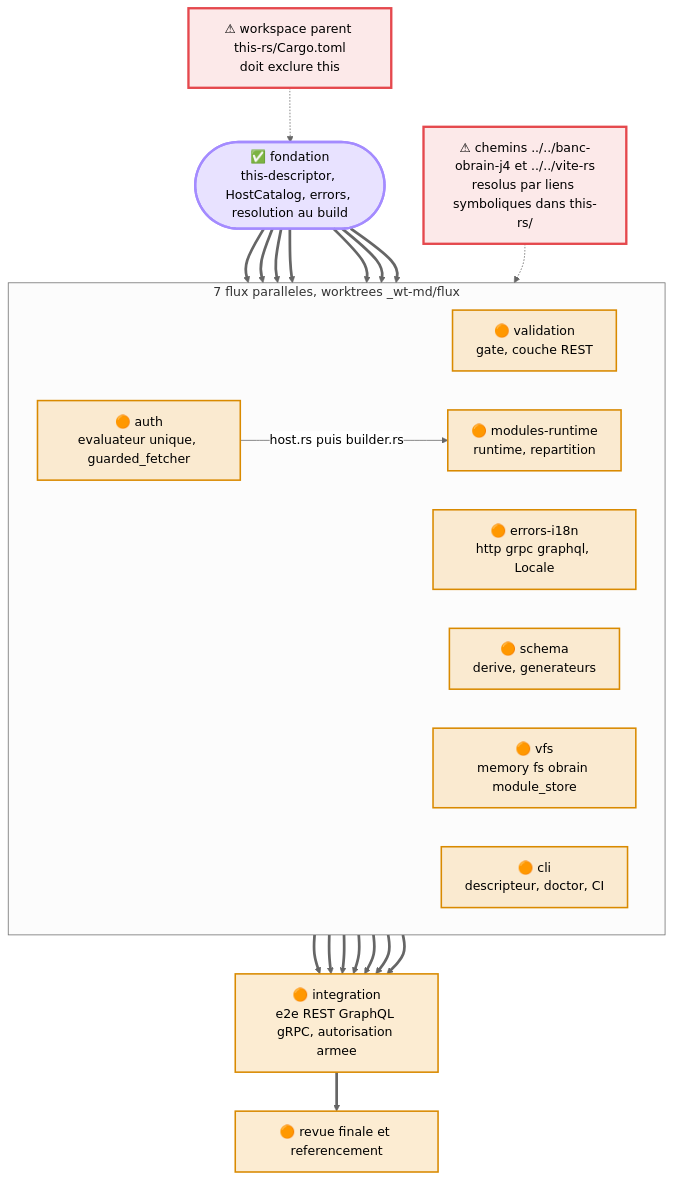
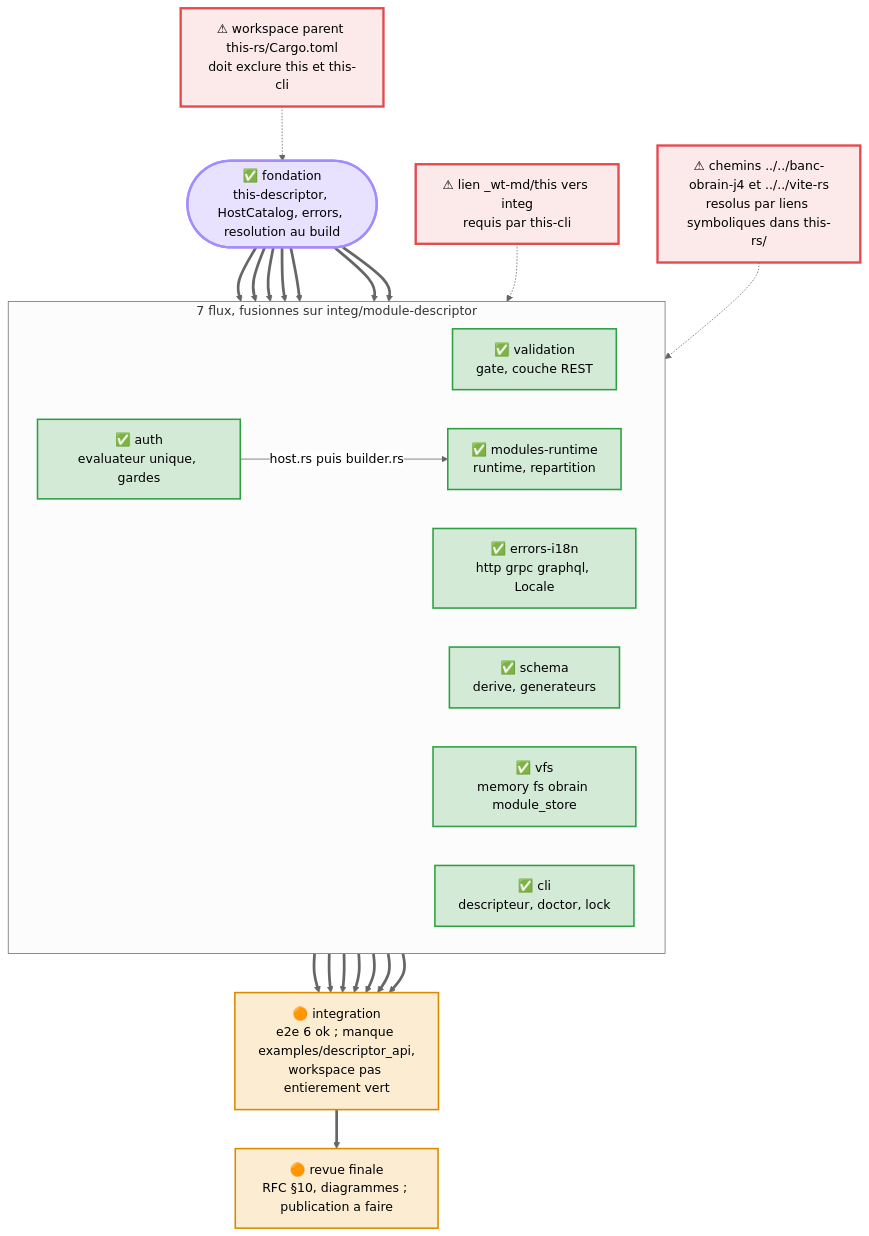
Before and after one commit to this-rs/this: the diagram in docs/atlas/module-descriptor/flux-et-dependances.mmd, drawn with Mermaid (neutral theme). The commit also changed 13 other files, not shown here.

First line of the commit message:
docs(module-descriptor): delivered state in the RFC and diagrams aligned with the integrated code

```diff
--- a/docs/atlas/module-descriptor/flux-et-dependances.mmd
+++ b/docs/atlas/module-descriptor/flux-et-dependances.mmd
@@ -1,31 +1,36 @@
+%% name: module-descriptor-streams
+%% QUESTION : ou en est chaque flux du lot module-descriptor (revue finale 29/10/2026) ?
+%% PROUVE (MESURE) : 6 merges --no-ff sur integ/module-descriptor (this) + md/cli (this-cli) ; cargo check --all-targets --all-features rc=0 ;
+%%   cargo clippy --workspace --all-targets --all-features -D warnings propre ; tests d'acceptation de chaque flux listes ok dans
+%%   cargo test --workspace --all-features (2388 ok / 53 echecs environnement) ; e2e 6 ok relance par la revue.
+%% LU : git log integ/module-descriptor, taches PO du plan ada69546.
+%% NON ETABLI : scylladb_tests (non mesure) ; attribution des 53 echecs a l'environnement partiellement deduite.
 flowchart TB
-%% name: module-descriptor-streams
-%% PROUVE : fondation compilee et testee sur md/foundation (voir rapport du flux) ; decoupage RFC v2 §7.1.
-%% host.rs et builder.rs sont touches EN SEQUENCE : fondation, puis auth, puis modules-runtime.
-%% NON ETABLI : duree des flux.
     classDef ok       fill:#2ea04333,stroke:#2ea043,stroke-width:2px
     classDef todo     fill:#f0a02033,stroke:#d98a00,stroke-width:2px
     classDef entry    fill:#a48bff40,stroke:#a48bff,stroke-width:3px
     classDef trap     fill:#e5484d1f,stroke:#e5484d,stroke-width:3px
 
     F(["✅ fondation<br/>this-descriptor, HostCatalog, errors, resolution au build"]):::entry
-    subgraph P["7 flux paralleles, worktrees _wt-md/flux"]
+    subgraph P["7 flux, fusionnes sur integ/module-descriptor"]
         direction LR
-        V["🟠 validation<br/>gate, couche REST"]:::todo
-        E["🟠 errors-i18n<br/>http grpc graphql, Locale"]:::todo
-        A["🟠 auth<br/>evaluateur unique, guarded_fetcher"]:::todo
-        S["🟠 schema<br/>derive, generateurs"]:::todo
-        M["🟠 modules-runtime<br/>runtime, repartition"]:::todo
-        X["🟠 vfs<br/>memory fs obrain module_store"]:::todo
-        C["🟠 cli<br/>descripteur, doctor, CI"]:::todo
+        V["✅ validation<br/>gate, couche REST"]:::ok
+        E["✅ errors-i18n<br/>http grpc graphql, Locale"]:::ok
+        A["✅ auth<br/>evaluateur unique, gardes"]:::ok
+        S["✅ schema<br/>derive, generateurs"]:::ok
+        M["✅ modules-runtime<br/>runtime, repartition"]:::ok
+        X["✅ vfs<br/>memory fs obrain module_store"]:::ok
+        C["✅ cli<br/>descripteur, doctor, lock"]:::ok
     end
     F ==> V & E & A & S & M & X & C
     A -->|"host.rs puis builder.rs"| M
-    I["🟠 integration<br/>e2e REST GraphQL gRPC, autorisation armee"]:::todo
+    I["🟠 integration<br/>e2e 6 ok ; manque examples/descriptor_api,<br/>workspace pas entierement vert"]:::todo
     V & E & A & S & M & X & C ==> I
-    R["🟠 revue finale et referencement"]:::todo
+    R["🟠 revue finale<br/>RFC §10, diagrammes ; publication a faire"]:::todo
     I ==> R
     T["⚠ chemins ../../banc-obrain-j4 et ../../vite-rs<br/>resolus par liens symboliques dans this-rs/"]:::trap
-    W["⚠ workspace parent this-rs/Cargo.toml<br/>doit exclure this"]:::trap
+    W["⚠ workspace parent this-rs/Cargo.toml<br/>doit exclure this et this-cli"]:::trap
+    L["⚠ lien _wt-md/this vers integ<br/>requis par this-cli"]:::trap
     T -.-> P
     W -.-> F
+    L -.-> C
```
